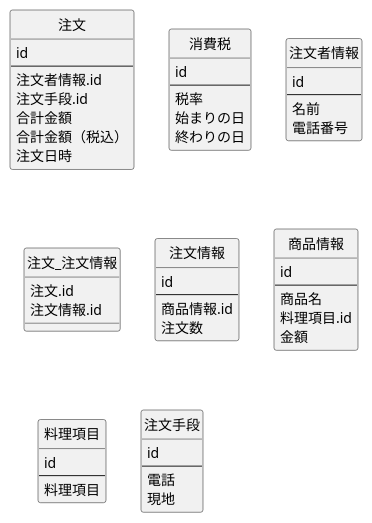
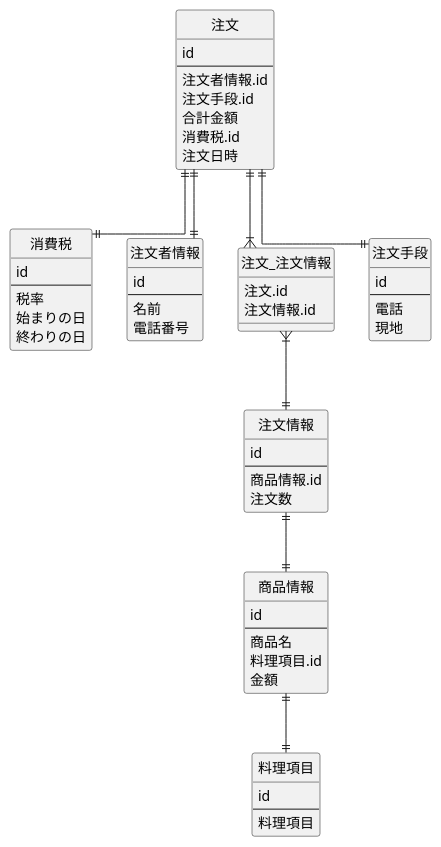
Before and after one commit to kooooichi24/rakuraku-erd-lesson: the diagram in take-out-order-form/database-design.wsd, drawn with PlantUML.

Commit message:
リレーション違和感しかない、、

```diff
--- a/take-out-order-form/database-design.wsd
+++ b/take-out-order-form/database-design.wsd
@@ -1,66 +1,75 @@
 @startuml database-design
 
 ' hide the spot
 hide circle
 ' avoid problems with angled crows feet
 skinparam linetype ortho
 
 entity 注文 {
   id
   --
   注文者情報.id
   注文手段.id
   合計金額
-  合計金額（税込）
+  消費税.id
   注文日時
 }
 
 entity 消費税 {
   id
   --
   税率
   始まりの日
   終わりの日
 }
 
 entity 注文者情報 {
   id
   --
   名前
   電話番号
 }
 
 entity 注文_注文情報 {
   注文.id
   注文情報.id
 }
 
 entity 注文情報 {
   id
   --
   商品情報.id
   注文数
 }
 
 entity 商品情報 {
   id
   --
   商品名
   料理項目.id
   金額
 }
 
 entity 料理項目 {
   id
   --
   料理項目
 }
 
 entity 注文手段 {
   id
   --
   電話
   現地
 }
 
+
+注文 ||--|{ 注文_注文情報
+注文_注文情報 }|--|| 注文情報
+注文情報 ||--|| 商品情報
+注文 ||--|| 注文者情報
+注文 ||--|| 注文手段
+注文 ||--|| 消費税
+商品情報 ||--|| 料理項目
+
 @enduml
```
